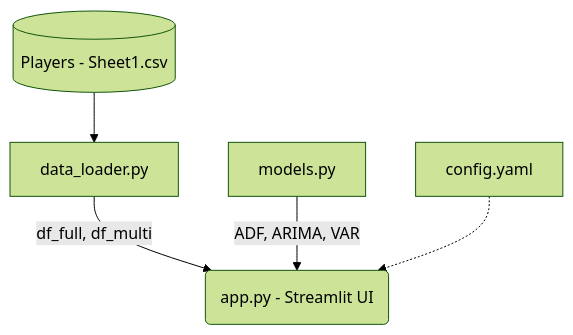
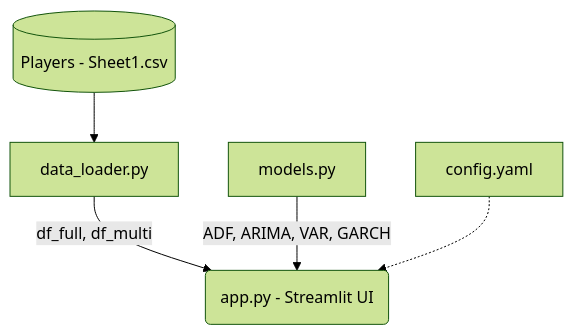
Before and after one commit to neil-ravat/CS2-Time-Series-Analytics: the diagram in README.md, drawn with Mermaid (forest theme). The commit also changed other lines of this file and 2 other files, not shown here.

````diff
--- a/README.md
+++ b/README.md
@@ -11,7 +16,7 @@
 ```mermaid
 graph TD
     A[data_loader.py] -->|df_full, df_multi| B(app.py - Streamlit UI)
-    C[models.py] -->|ADF, ARIMA, VAR| B
+    C[models.py] -->|ADF, ARIMA, VAR, GARCH| B
     D[(Players - Sheet1.csv)] --> A
     E[config.yaml] -.-> B
 ```
````
